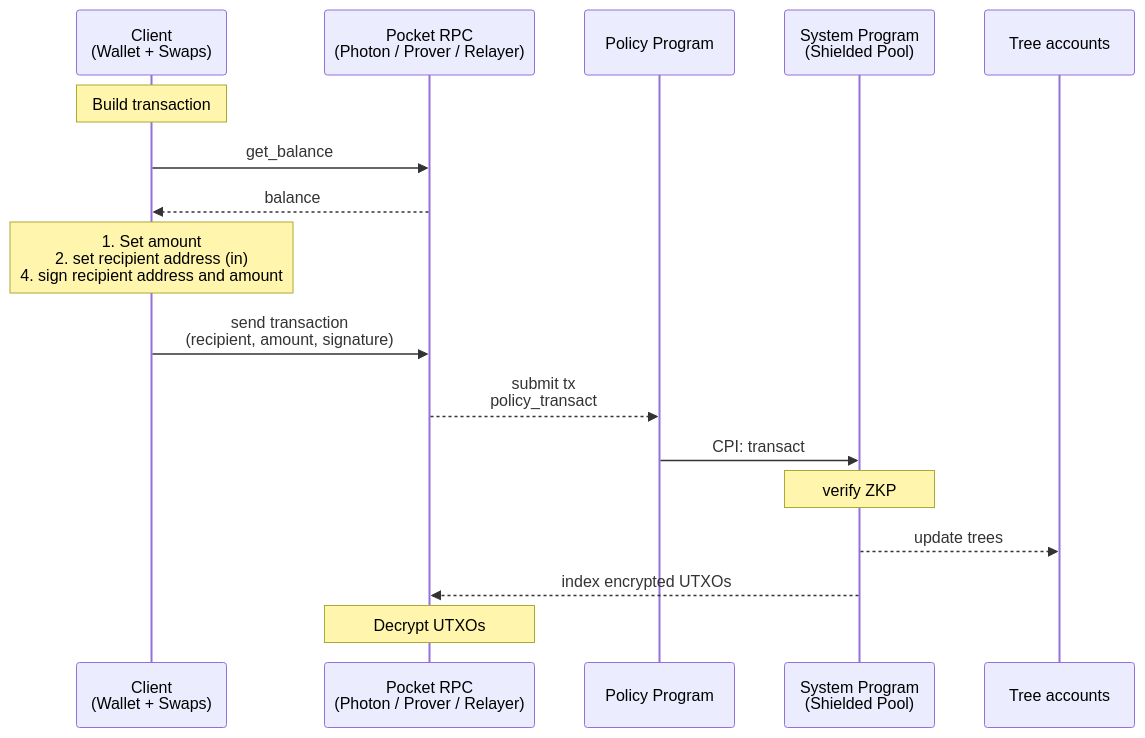
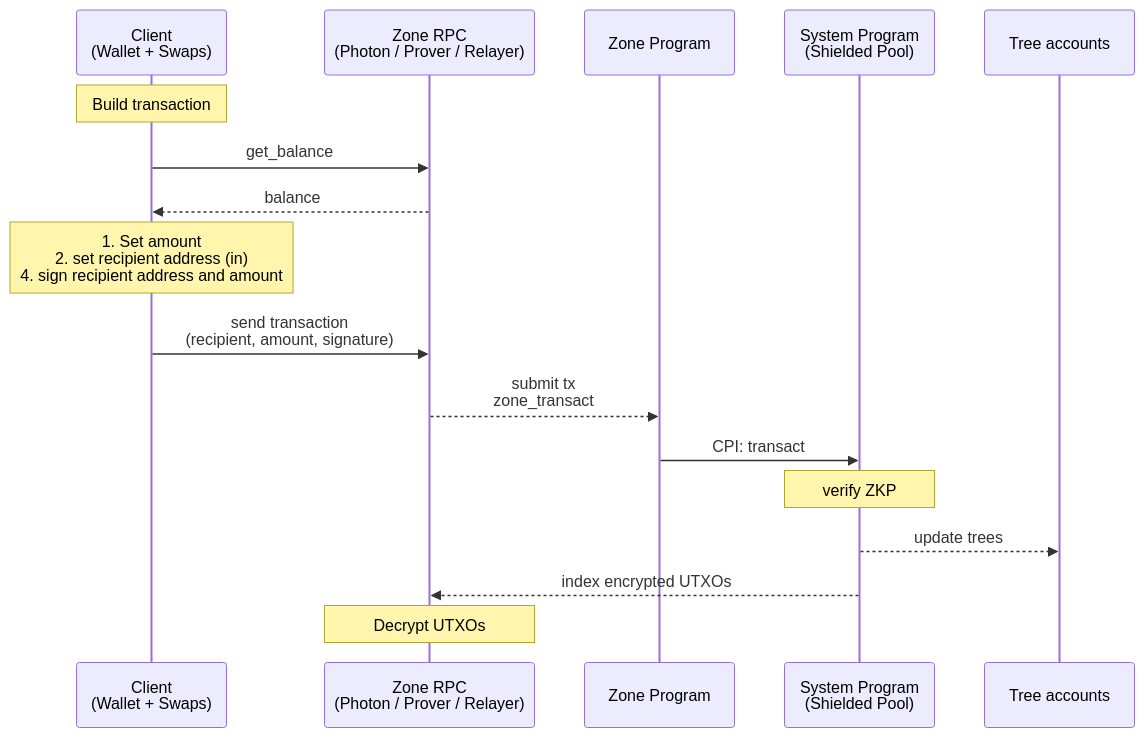
The second of 5 diagrams in docs/spec.md (helius-labs/zolana), drawn with Mermaid before and after one commit. The commit also changed other lines of this file, not shown here.

First line of the commit message:
docs(spec): rename pocket→zone, Shielded Pool Program→Solana Privacy Program, policy program→zone program

````diff
--- a/docs/spec.md
+++ b/docs/spec.md
@@ -218,21 +218,21 @@
 ```mermaid
 sequenceDiagram
     participant Client as Client<br>(Wallet + Swaps)
-    participant PocketRPC as Pocket RPC<br>(Photon / Prover / Relayer)
-    participant Policy as Policy Program
+    participant ZoneRPC as Zone RPC<br>(Photon / Prover / Relayer)
+    participant Zone as Zone Program
     participant System as System Program<br>(Shielded Pool)
     participant Trees as Tree accounts
 
     Note over Client: Build transaction
-    Client->>PocketRPC: get_balance
-    PocketRPC-->>Client: balance
+    Client->>ZoneRPC: get_balance
+    ZoneRPC-->>Client: balance
     Note over Client: 1. Set amount <br> 2. set recipient address (in) <br> 4. sign recipient address and amount
-	  Client->>PocketRPC: send transaction <br>(recipient, amount, signature)
-    PocketRPC-->>Policy: submit tx<br>policy_transact
-    Policy->>System: CPI: transact
+	  Client->>ZoneRPC: send transaction <br>(recipient, amount, signature)
+    ZoneRPC-->>Zone: submit tx<br>zone_transact
+    Zone->>System: CPI: transact
 
     Note over System: verify ZKP
     System-->>Trees: update trees
-    System-->>PocketRPC: index encrypted UTXOs
-    Note over PocketRPC: Decrypt UTXOs
+    System-->>ZoneRPC: index encrypted UTXOs
+    Note over ZoneRPC: Decrypt UTXOs
 ```
````
